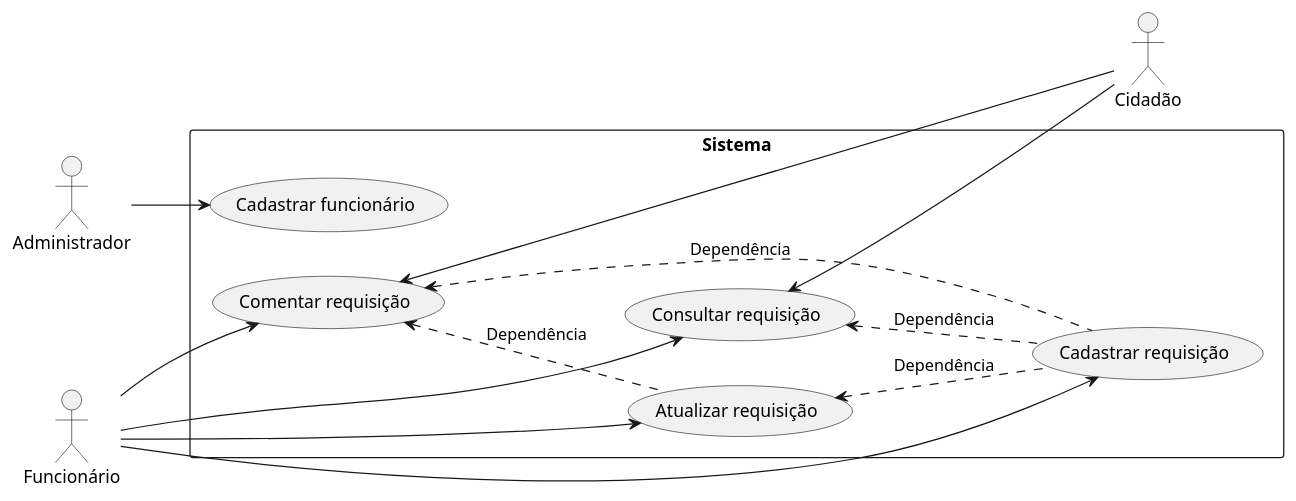
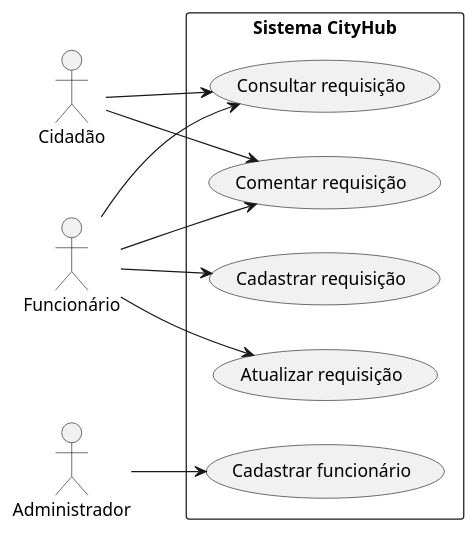
The diagram in diagramas/Diagrama-Caso-de-Uso.puml (Francielefernandes06/documentacao-projeto-coorporativo-2024.2), drawn with PlantUML before and after one commit. The commit also changed 1 other file, not shown here.

Commit message:
corrigindo diagrama de caso de uso

```diff
--- a/diagramas/Diagrama-Caso-de-Uso.puml
+++ b/diagramas/Diagrama-Caso-de-Uso.puml
@@ -1,35 +1,32 @@
 @startuml
 left to right direction
 'top to bottom direction
 'skinparam linetype ortho
 
 actor "Administrador" as Admin
 actor "Cidadão" as Cidadao
 actor "Funcionário" as Funcionario
 
-rectangle Sistema{
+rectangle "Sistema CityHub"{
 
     usecase "Cadastrar requisição" as RF01
     usecase "Consultar requisição" as RF02
     usecase "Atualizar requisição" as RF03
     usecase "Comentar requisição" as RF04
     usecase "Cadastrar funcionário" as RF05
 
 }
 
 Admin --> RF05
 
-Cidadao -up-> RF02
+Cidadao -left-> RF02
 Cidadao --> RF04
 
 Funcionario --> RF01
 Funcionario --> RF02
 Funcionario --> RF03
 Funcionario --> RF04
 
-RF02 <.. RF01 : Dependência
-RF03 <.. RF01 : Dependência
-RF04 <.. RF01 : Dependência
-RF04 <.. RF03 : Dependência
+
 
 @enduml
```
